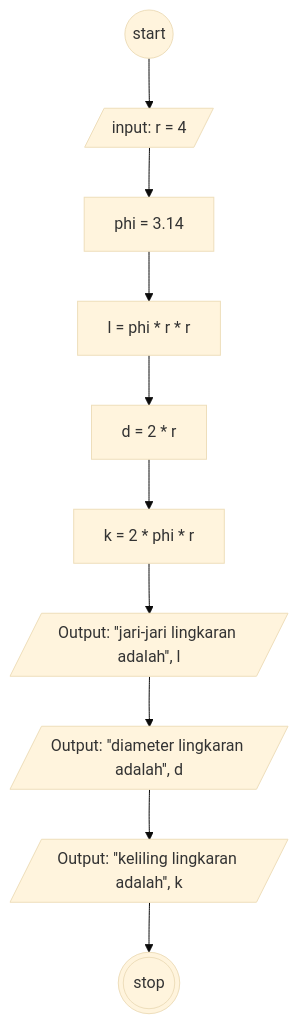
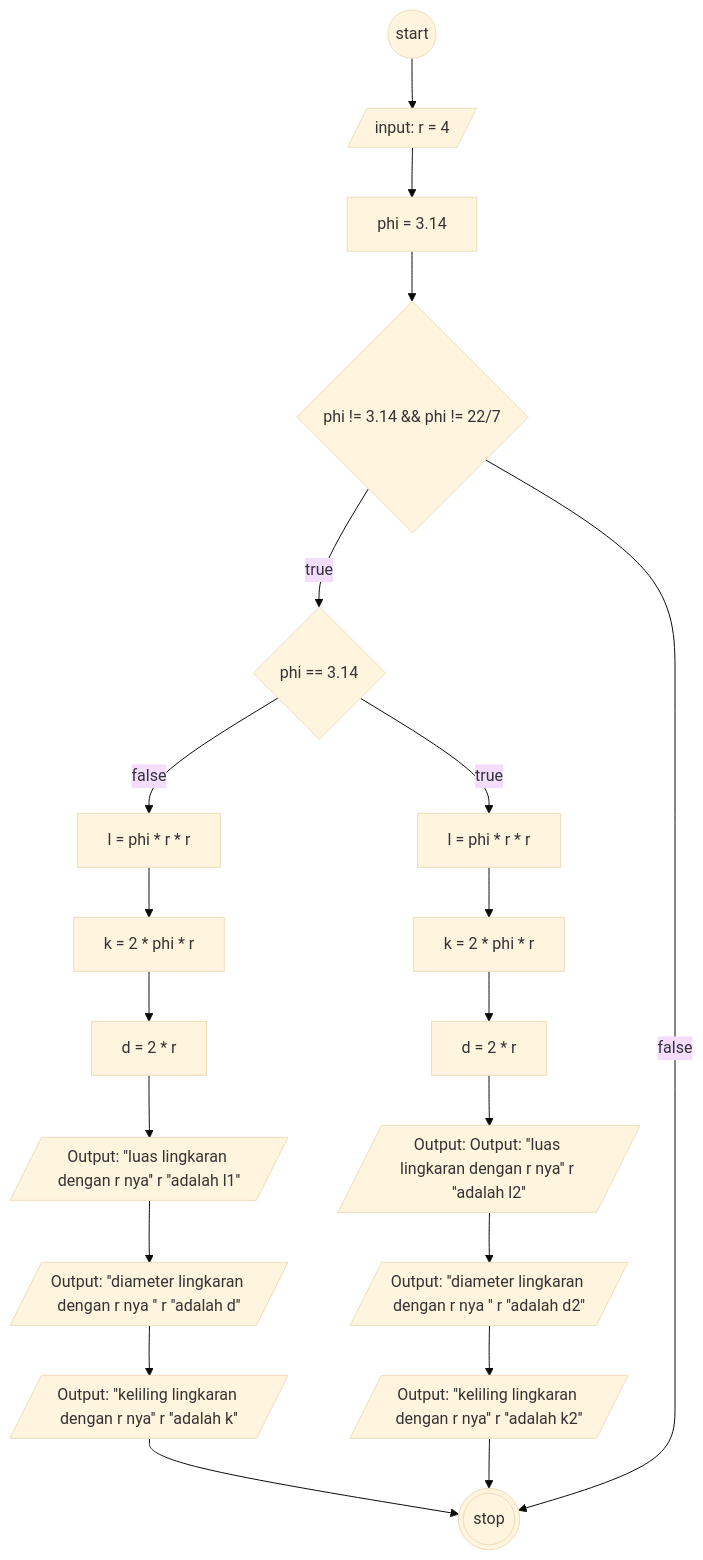
Before and after one commit to AbiPasundan/koda-b6-javascript1: the diagram in README.md, drawn with Mermaid (base theme). The commit also changed other lines of this file and 1 other file, not shown here.

````diff
--- a/README.md
+++ b/README.md
@@ -16,19 +19,34 @@
 ```mermaid
 flowchart TB
  Start@{ shape: circ, label: "start"}
  r@{ shape: lean-r, label: "input: r = 4"}
  phi@{ shape: rect, label: "phi = 3.14"}
+ validatephi@{ shape: diamond, label: "phi != 3.14 && phi != 22/7"}
+
+ CheckPhi@{ shape: diamond, label: "phi == 3.14"}
+
+ l1@{ shape: rect, label: "l = phi * r * r "}
+ d1@{ shape: rect, label: "d = 2 * r "}
+ k1@{ shape: rect, label: "k = 2 * phi * r "}
+
+ l2@{ shape: rect, label: "l = phi * r * r "}
+ d2@{ shape: rect, label: "d = 2 * r "}
+ k2@{ shape: rect, label: "k = 2 * phi * r "}
+
+ OutputL1@{ shape: lean-r, label: "Output: ''luas lingkaran dengan r nya'' r ''adalah l1''"}
+ OutputD1@{ shape: lean-r, label: "Output: ''diameter lingkaran dengan r nya '' r ''adalah d''"}
+ OutputK1@{ shape: lean-r, label: "Output: ''keliling lingkaran dengan r nya'' r ''adalah k''"}
 
 
- l@{ shape: rect, label: "l = phi * r * r "}
- d@{ shape: rect, label: "d = 2 * r "}
- k@{ shape: rect, label: "k = 2 * phi * r "}
+ OutputL2@{ shape: lean-r, label: "Output: Output: ''luas lingkaran dengan r nya'' r ''adalah l2''"}
+ OutputD2@{ shape: lean-r, label: "Output: ''diameter lingkaran dengan r nya '' r ''adalah d2''"}
+ OutputK2@{ shape: lean-r, label: "Output: ''keliling lingkaran dengan r nya'' r ''adalah k2''"}
+ Stop@{ shape: dbl-circ, label: "stop"}
+
+Start-->r-->phi-->validatephi-->|true|CheckPhi-->|false|l1-->k1-->d1-->OutputL1-->OutputD1-->OutputK1-->Stop
+
+CheckPhi-->|true|l2-->k2-->d2-->OutputL2-->OutputD2-->OutputK2-->Stop
 
 
- OutputL@{ shape: lean-r, label: "Output: ''jari-jari lingkaran adalah'', l"}
- OutputD@{ shape: lean-r, label: "Output: ''diameter lingkaran adalah'', d"}
- OutputK@{ shape: lean-r, label: "Output: ''keliling lingkaran adalah'', k"}
- Stop@{ shape: dbl-circ, label: "stop"}
-
-Start-->r-->phi-->l-->d-->k-->OutputL-->OutputD-->OutputK-->Stop
+validatephi-->|false|Stop
 ```
````
